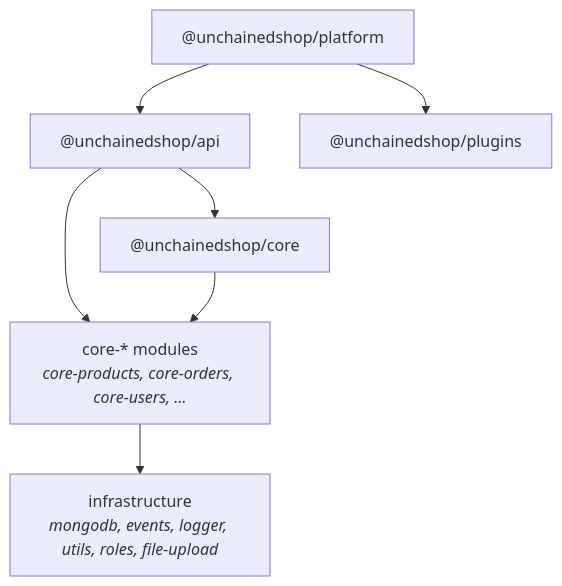
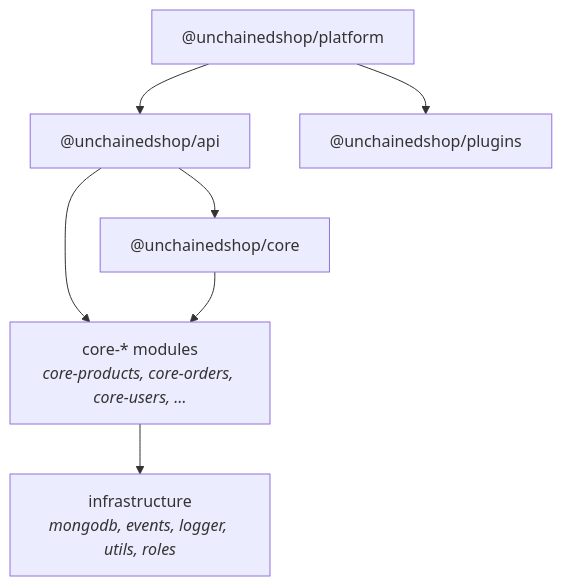
One commit to unchainedshop/unchained changed the second of 2 diagrams in docs/docs/concepts/architecture.md. Above: the diagram before and after it, drawn with Mermaid. The commit also changed other lines of this file and 171 other files, not shown here.

````diff
--- a/docs/docs/concepts/architecture.md
+++ b/docs/docs/concepts/architecture.md
@@ -146,9 +149,9 @@
 ```mermaid
 flowchart TD
     platform["@unchainedshop/platform"] --> api["@unchainedshop/api"]
     platform --> plugins["@unchainedshop/plugins"]
     api --> core["@unchainedshop/core"]
     api --> coremods["core-* modules<br/><i>core-products, core-orders, core-users, …</i>"]
     core --> coremods
-    coremods --> infra["infrastructure<br/><i>mongodb, events, logger, utils, roles, file-upload</i>"]
+    coremods --> infra["infrastructure<br/><i>mongodb, events, logger, utils, roles</i>"]
 ```
````
